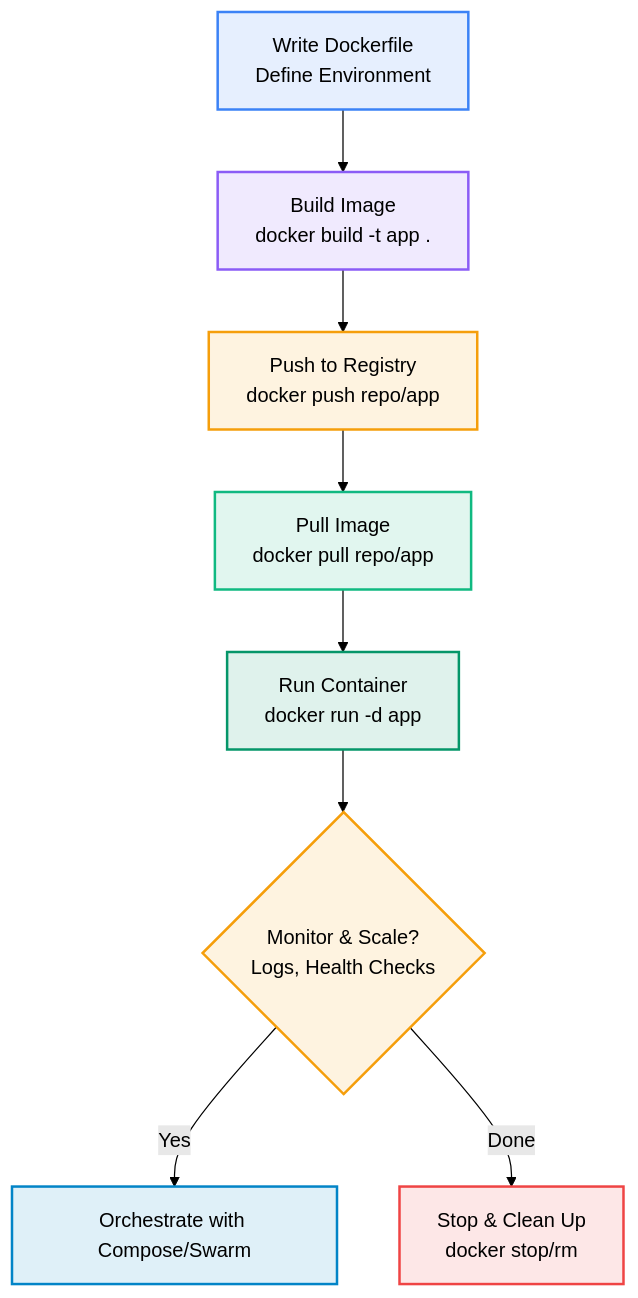
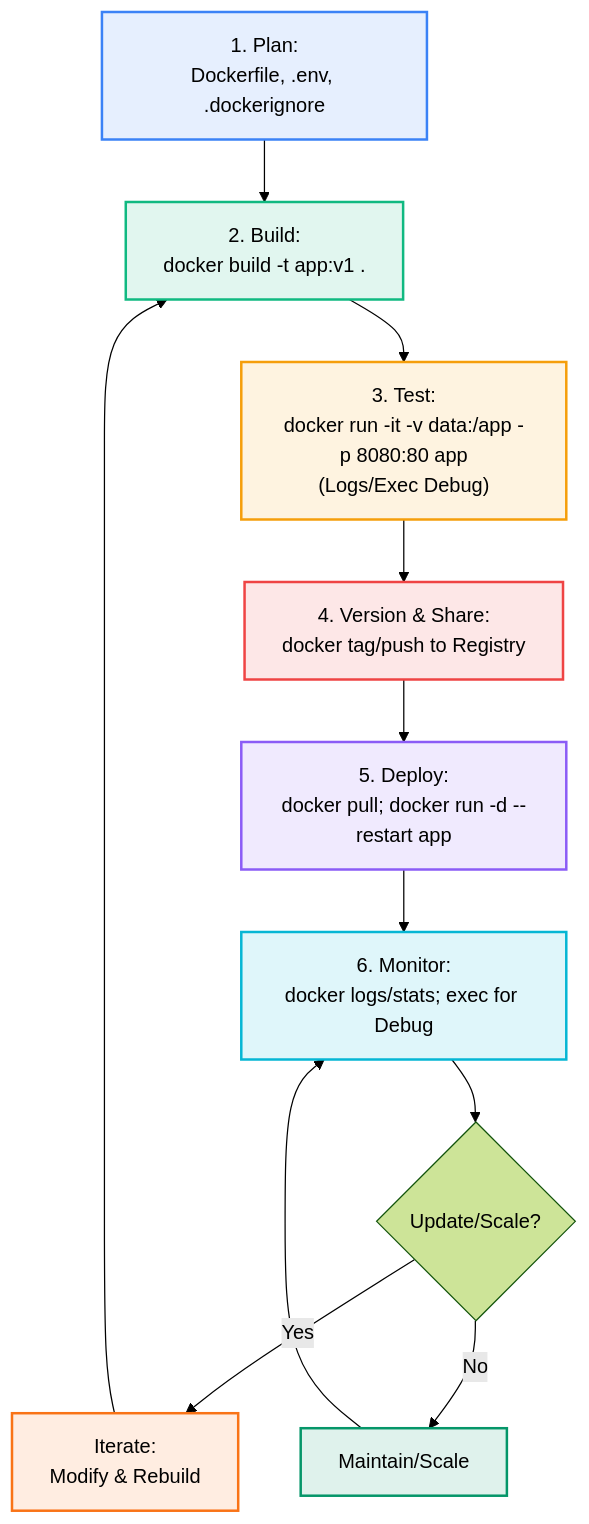
One commit to MadeInShineA/hei-course-summaries changed the second of 3 diagrams in 302.1-data-computation/docker.md. Above: the diagram before and after it, drawn with Mermaid (forest theme). The commit also changed other lines of this file and 1 other file, not shown here.

Commit message:
Updated docker.md to be on par with the quiz

````diff
--- a/302.1-data-computation/docker.md
+++ b/302.1-data-computation/docker.md
@@ -185,19 +282,22 @@
 ```mermaid
 flowchart TD
-    A[Write Dockerfile<br/>Define Environment] --> B[Build Image<br/>docker build -t app .]
-    B --> C[Push to Registry<br/>docker push repo/app]
-    C --> D[Pull Image<br/>docker pull repo/app]
-    D --> E[Run Container<br/>docker run -d app]
-    E --> F{Monitor & Scale?<br/>Logs, Health Checks}
-    F -->|Yes| G[Orchestrate with Compose/Swarm]
-    F -->|Done| H[Stop & Clean Up<br/>docker stop/rm]
-    
+    A["1. Plan:<br/>Dockerfile, .env, .dockerignore"] --> B["2. Build:<br/>docker build -t app:v1 ."]
+    B --> C["3. Test:<br/>docker run -it -v data:/app -p 8080:80 app<br/>(Logs/Exec Debug)"]
+    C --> D["4. Version & Share:<br/>docker tag/push to Registry"]
+    D --> E["5. Deploy:<br/>docker pull; docker run -d --restart app"]
+    E --> F["6. Monitor:<br/>docker logs/stats; exec for Debug"]
+    F --> G{"Update/Scale?"}
+    G -->|Yes| H["Iterate:<br/>Modify & Rebuild"]
+    G -->|No| I["Maintain/Scale"]
+    H --> B
+    I --> F
+
     style A fill:#3b82f620,stroke:#3b82f6,stroke-width:2px
-    style B fill:#8b5cf620,stroke:#8b5cf6,stroke-width:2px
+    style B fill:#10b98120,stroke:#10b981,stroke-width:2px
     style C fill:#f59e0b20,stroke:#f59e0b,stroke-width:2px
-    style D fill:#10b98120,stroke:#10b981,stroke-width:2px
-    style E fill:#05966920,stroke:#059669,stroke-width:2px
-    style F fill:#f59e0b20,stroke:#f59e0b,stroke-width:2px
-    style G fill:#0284c720,stroke:#0284c7,stroke-width:2px
-    style H fill:#ef444420,stroke:#ef4444,stroke-width:2px
+    style D fill:#ef444420,stroke:#ef4444,stroke-width:2px
+    style E fill:#8b5cf620,stroke:#8b5cf6,stroke-width:2px
+    style F fill:#06b6d420,stroke:#06b6d4,stroke-width:2px
+    style H fill:#f9731620,stroke:#f97316,stroke-width:2px
+    style I fill:#05966920,stroke:#059669,stroke-width:2px
 ```
````
